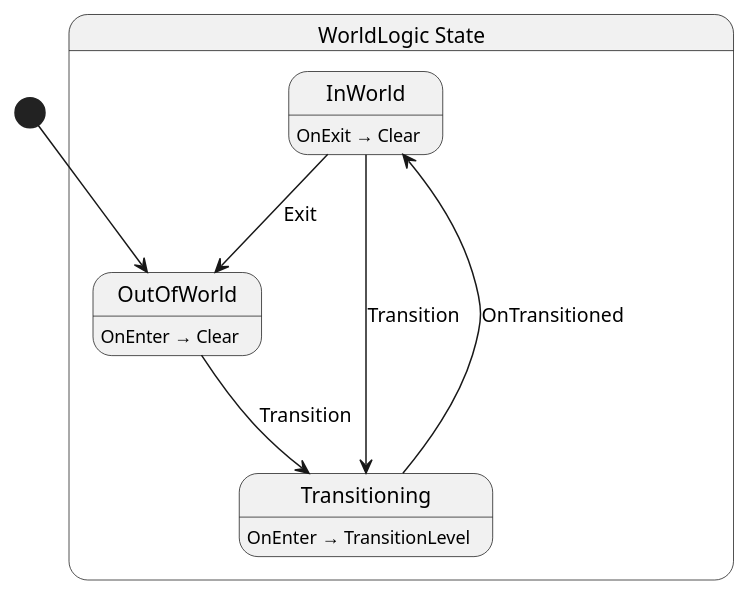
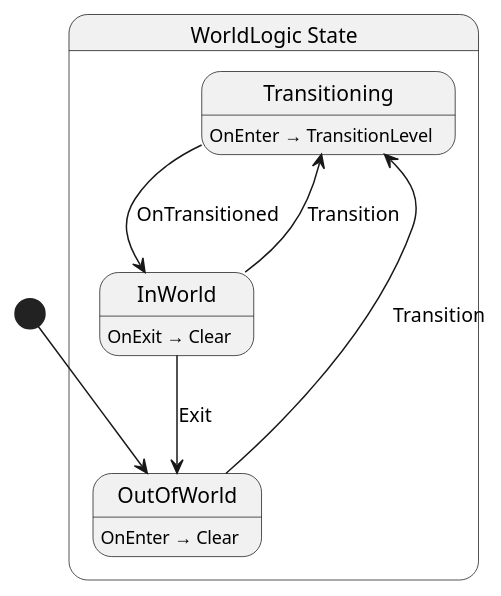
One commit to nilsiker/yolk changed the diagram in Yolk.Logic/World/WorldLogic.g.puml. Above: the diagram before and after it, drawn with PlantUML. The commit also changed other lines of this file and 28 other files, not shown here.

```diff
--- a/Yolk.Logic/World/WorldLogic.g.puml
+++ b/Yolk.Logic/World/WorldLogic.g.puml
@@ -1,18 +1,18 @@
 @startuml WorldLogic
 state "WorldLogic State" as Yolk_Level_WorldLogic_State {
+  state "Transitioning" as Yolk_Level_WorldLogic_State_Transitioning
   state "InWorld" as Yolk_Level_WorldLogic_State_InWorld
   state "OutOfWorld" as Yolk_Level_WorldLogic_State_OutOfWorld
-  state "Transitioning" as Yolk_Level_WorldLogic_State_Transitioning
 }
 
 Yolk_Level_WorldLogic_State_InWorld --> Yolk_Level_WorldLogic_State_OutOfWorld : Exit
 Yolk_Level_WorldLogic_State_InWorld --> Yolk_Level_WorldLogic_State_Transitioning : Transition
 Yolk_Level_WorldLogic_State_OutOfWorld --> Yolk_Level_WorldLogic_State_Transitioning : Transition
 Yolk_Level_WorldLogic_State_Transitioning --> Yolk_Level_WorldLogic_State_InWorld : OnTransitioned
 
 Yolk_Level_WorldLogic_State_InWorld : OnExit → Clear
 Yolk_Level_WorldLogic_State_OutOfWorld : OnEnter → Clear
 Yolk_Level_WorldLogic_State_Transitioning : OnEnter → TransitionLevel
 
 [*] --> Yolk_Level_WorldLogic_State_OutOfWorld
 @enduml
```
